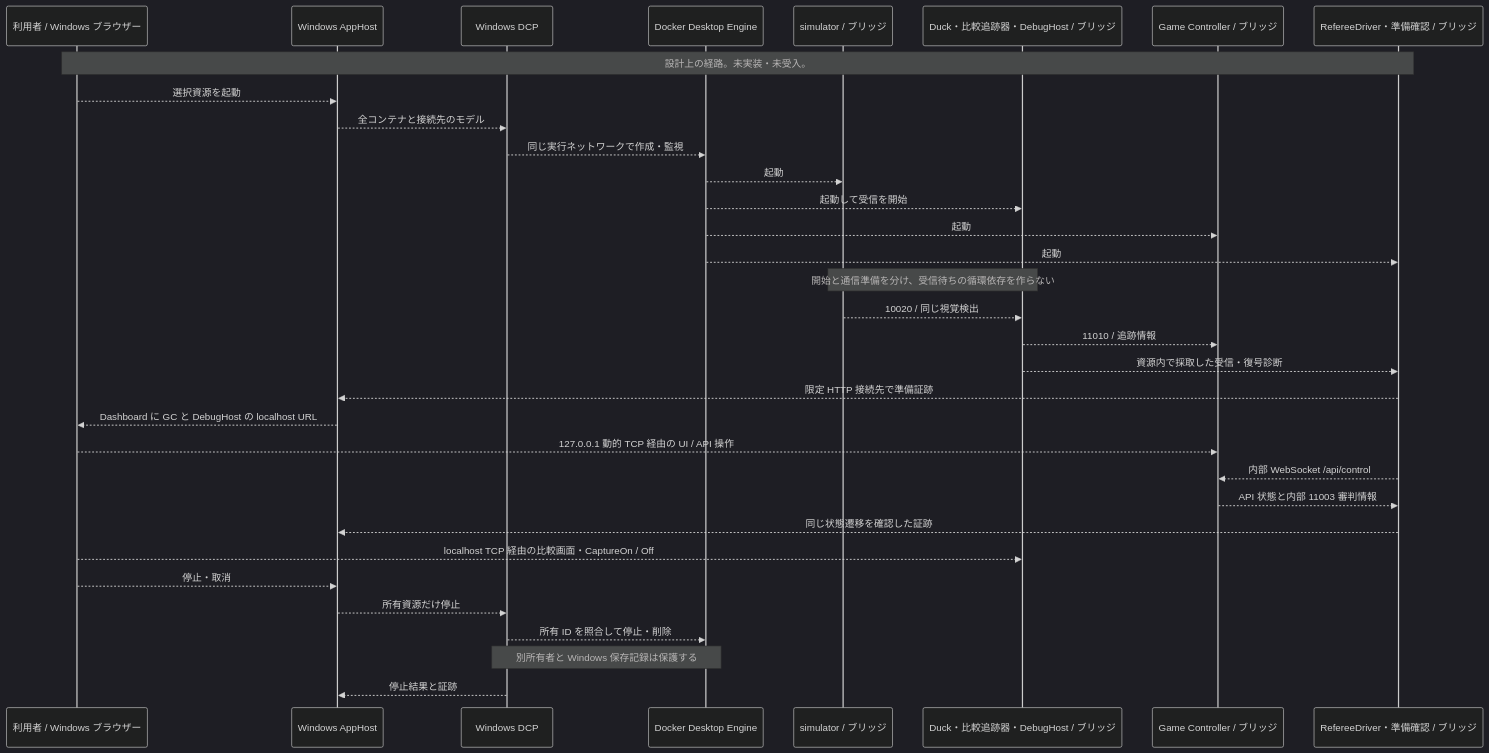
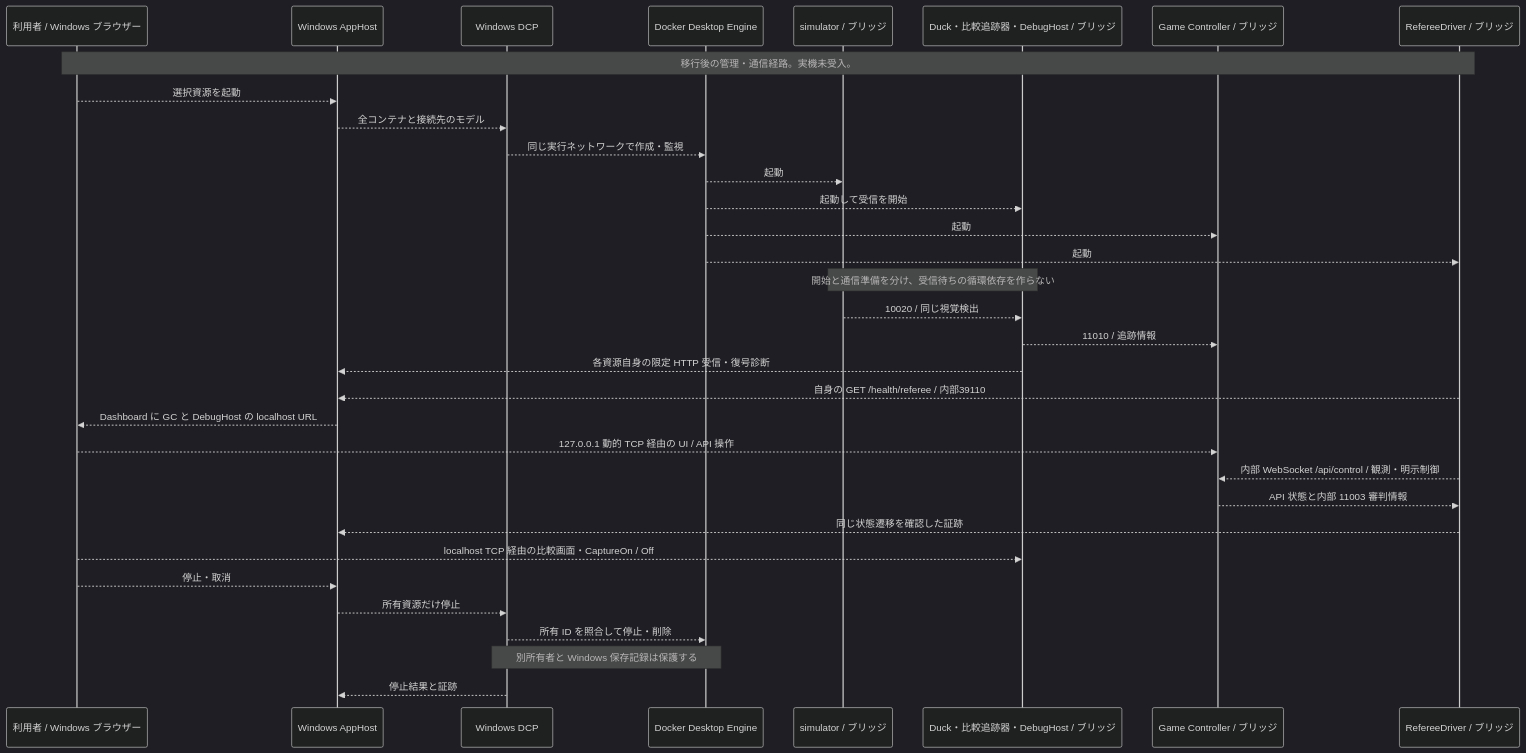
Before and after one commit to ibis-ssl/Duck: the third of 3 diagrams in Tracker/Design/Testing/aspire-simulation-test-environment.md, drawn with Mermaid (dark theme). The commit also changed other lines of this file and 295 other files, not shown here.

````diff
--- a/Tracker/Design/Testing/aspire-simulation-test-environment.md
+++ b/Tracker/Design/Testing/aspire-simulation-test-environment.md
@@ -185,35 +233,35 @@
 ```mermaid
 sequenceDiagram
  participant User as 利用者 / Windows ブラウザー
  participant App as Windows AppHost
  participant DCP as Windows DCP
  participant Engine as Docker Desktop Engine
  participant Sim as simulator / ブリッジ
  participant Receivers as Duck・比較追跡器・DebugHost / ブリッジ
  participant GC as Game Controller / ブリッジ
- participant Ref as RefereeDriver・準備確認 / ブリッジ
- Note over User,Ref: 設計上の経路。未実装・未受入。
+ participant Ref as RefereeDriver / ブリッジ
+ Note over User,Ref: 移行後の管理・通信経路。実機未受入。
  User-->>App: 選択資源を起動
  App-->>DCP: 全コンテナと接続先のモデル
  DCP-->>Engine: 同じ実行ネットワークで作成・監視
  Engine-->>Sim: 起動
  Engine-->>Receivers: 起動して受信を開始
  Engine-->>GC: 起動
  Engine-->>Ref: 起動
  Note over Sim,Receivers: 開始と通信準備を分け、受信待ちの循環依存を作らない
  Sim-->>Receivers: 10020 / 同じ視覚検出
  Receivers-->>GC: 11010 / 追跡情報
- Receivers-->>Ref: 資源内で採取した受信・復号診断
- Ref-->>App: 限定 HTTP 接続先で準備証跡
+ Receivers-->>App: 各資源自身の限定 HTTP 受信・復号診断
+ Ref-->>App: 自身の GET /health/referee / 内部39110
  App-->>User: Dashboard に GC と DebugHost の localhost URL
  User-->>GC: 127.0.0.1 動的 TCP 経由の UI / API 操作
- Ref-->>GC: 内部 WebSocket /api/control
+ Ref-->>GC: 内部 WebSocket /api/control / 観測・明示制御
  GC-->>Ref: API 状態と内部 11003 審判情報
  Ref-->>App: 同じ状態遷移を確認した証跡
  User-->>Receivers: localhost TCP 経由の比較画面・CaptureOn / Off
  User-->>App: 停止・取消
  App-->>DCP: 所有資源だけ停止
  DCP-->>Engine: 所有 ID を照合して停止・削除
  Note over DCP,Engine: 別所有者と Windows 保存記録は保護する
  DCP-->>App: 停止結果と証跡
 ```
````
